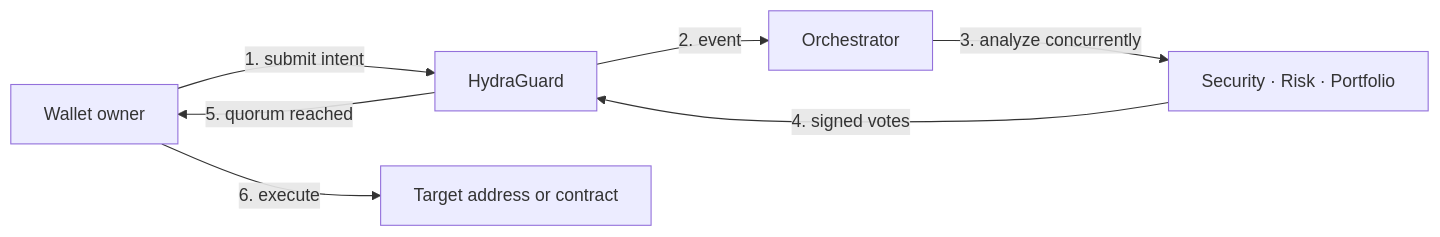
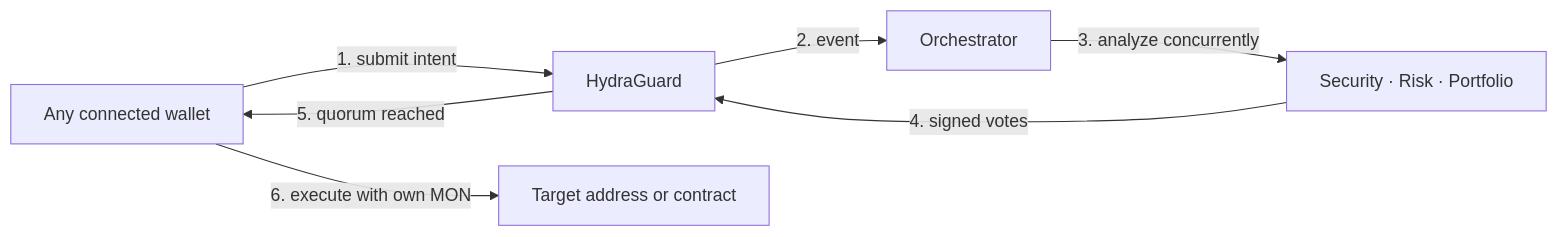
Before and after one commit to karagozemin/HYDRA: the diagram in README.md, drawn with Mermaid. The commit also changed other lines of this file and 16 other files, not shown here.

Commit message:
feat: update HYDRA's transaction model to allow any wallet to submit transactions, enhancing flexibility and security; revise documentation for clarity on user roles and execution process

````diff
--- a/README.md
+++ b/README.md
@@ -76,9 +76,9 @@
 ```mermaid
 flowchart LR
-    Owner[Wallet owner] -->|1. submit intent| Guard[HydraGuard]
+    User[Any connected wallet] -->|1. submit intent| Guard[HydraGuard]
     Guard -->|2. event| Orchestrator[Orchestrator]
     Orchestrator -->|3. analyze concurrently| Agents[Security · Risk · Portfolio]
     Agents -->|4. signed votes| Guard
-    Guard -->|5. quorum reached| Owner
-    Owner -->|6. execute| Target[Target address or contract]
+    Guard -->|5. quorum reached| User
+    User -->|6. execute with own MON| Target[Target address or contract]
 ```
````
